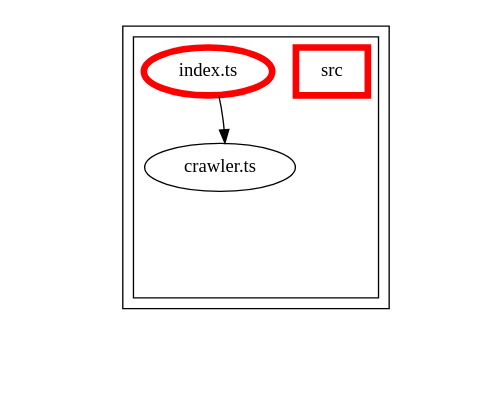
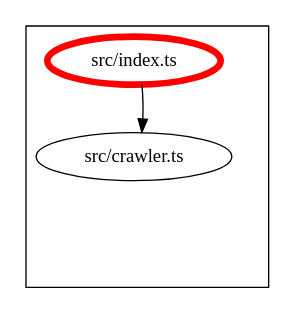
One commit to Siteimprove/alfa-integrations changed the diagram in packages/alfa-crawler/docs/dependency-graph.dot. Above: the diagram before and after it, drawn with Graphviz. The commit also changed 88 other files, not shown here.

```diff
--- a/packages/alfa-crawler/docs/dependency-graph.dot
+++ b/packages/alfa-crawler/docs/dependency-graph.dot
@@ -1,65 +1,32 @@
-digraph "dependency-graph-[object Object]" {
+digraph "dependency-graph-@siteimprove/alfa-crawler" {
   compound = true;
-  "dependency-graph-[object Object]" [
-    style = "invis";
-  ];
   "src/crawler.ts";
   subgraph "cluster_src" {
     color = "#000000";
     label = "";
-    "name_src" [
+    "src/index.ts" [
+      label = "src/index.ts";
+      color = "#ff0000";
       penwidth = 5;
-      shape = "rectangle";
-      color = "#ff0000";
-      label = "src";
     ];
     "exit_src" [
       style = "invis";
     ];
-    subgraph "cluster_src" {
-      color = "#000000";
-      label = "";
-      "name_src" [
-        penwidth = 5;
-        shape = "rectangle";
-        color = "#ff0000";
-        label = "src";
-      ];
-      "exit_src" [
-        style = "invis";
-      ];
-      "src/crawler.ts" [
-        label = "crawler.ts";
-      ];
-      "src/index.ts" [
-        label = "index.ts";
-        color = "#ff0000";
-        penwidth = 5;
-      ];
-      "src/crawler.ts" -> "exit_src" [
-        style = "invis";
-      ];
-      "src/index.ts" -> "exit_src" [
-        style = "invis";
-      ];
-    }
-    "exit_src" -> "exit_src" [
+    "src/crawler.ts" [
+      label = "src/crawler.ts";
+    ];
+    "src/index.ts" -> "exit_src" [
       style = "invis";
     ];
-    "exit_src" -> "exit_src" [
+    "src/crawler.ts" -> "exit_src" [
       style = "invis";
     ];
   }
-  "exit_src" -> "dependency-graph-[object Object]" [
-    style = "invis";
-  ];
   "src/index.ts" -> "src/crawler.ts" [
     style = "invis";
   ];
   "src/index.ts" -> "src/crawler.ts" [
     style = "solid";
-    ltail = "cluster_src/index.ts";
-    lhead = "cluster_src/crawler.ts";
     color = "black";
   ];
 }
```
